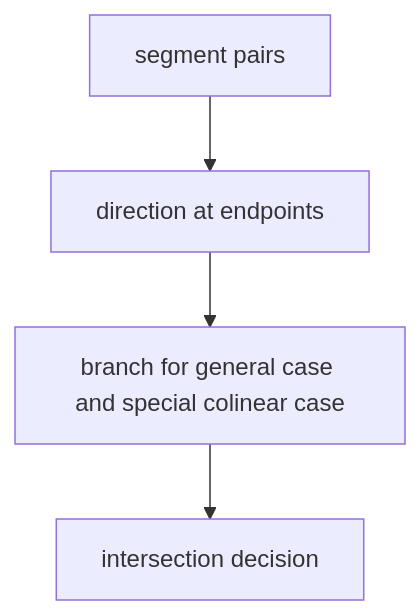
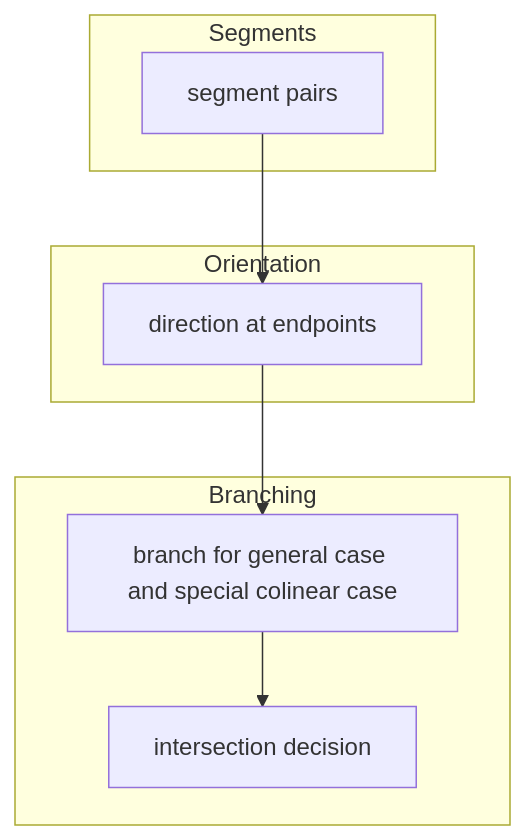
Before and after one commit to Gh0st352/AETHR: the fifth of 5 diagrams in docs/math/orientation.md, drawn with Mermaid. The commit also changed other lines of this file and 5 other files, not shown here.

First line of the commit message:
docs: normalize headings and enhance Mermaid diagrams in math README

````diff
--- a/docs/math/orientation.md
+++ b/docs/math/orientation.md
@@ -83,6 +113,21 @@
 ```mermaid
+%% shared theme: docs/_mermaid/theme.json %%
 flowchart TD
-  SEG[segment pairs] --> ORI[direction at endpoints]
-  ORI --> BR[branch for general case and special colinear case]
-  BR --> RES[intersection decision]
+  subgraph "Segments"
+    SEG[segment pairs]
+  end
+  subgraph "Orientation"
+    ORI[direction at endpoints]
+  end
+  subgraph "Branching"
+    BR[branch for general case and special colinear case]
+    RES[intersection decision]
+  end
+  SEG --> ORI
+  ORI --> BR
+  BR --> RES
+  class SEG class_io;
+  class ORI class_compute;
+  class BR class_decision;
+  class RES class_result;
 ```
````
